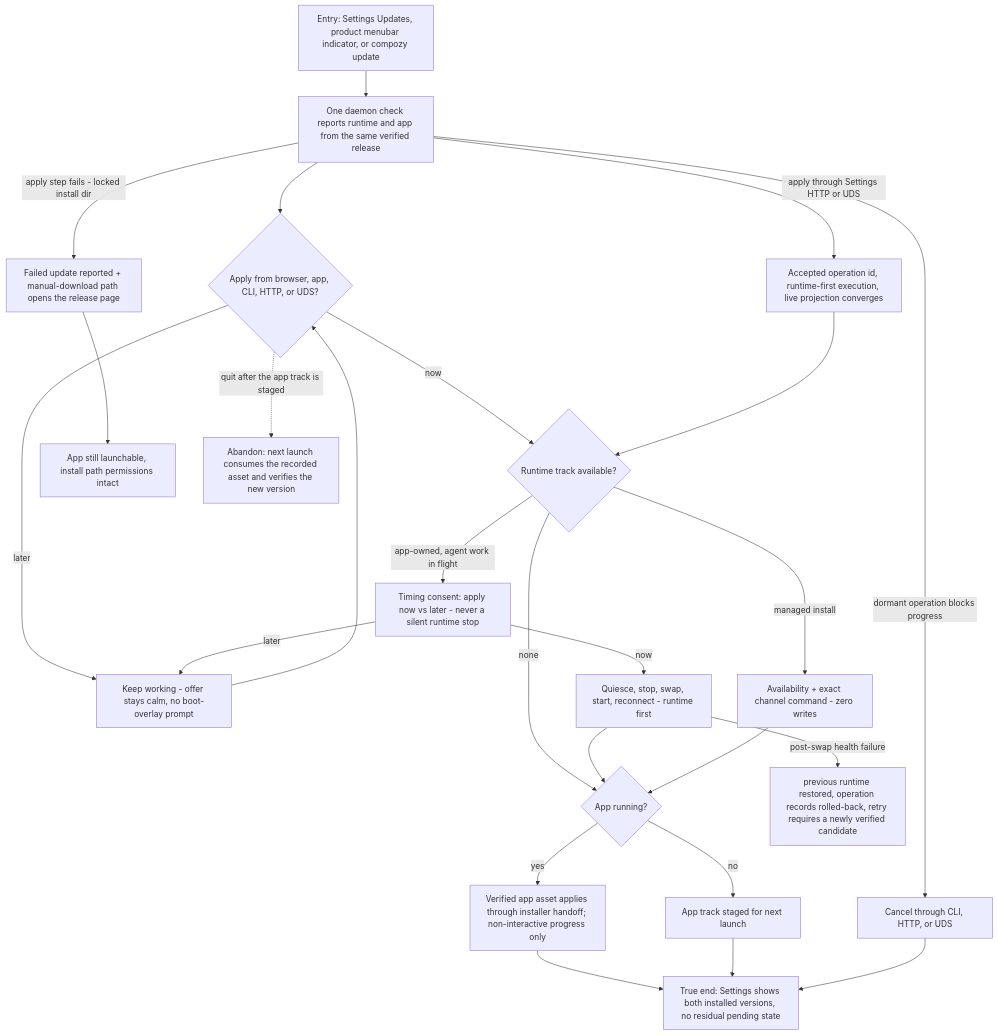
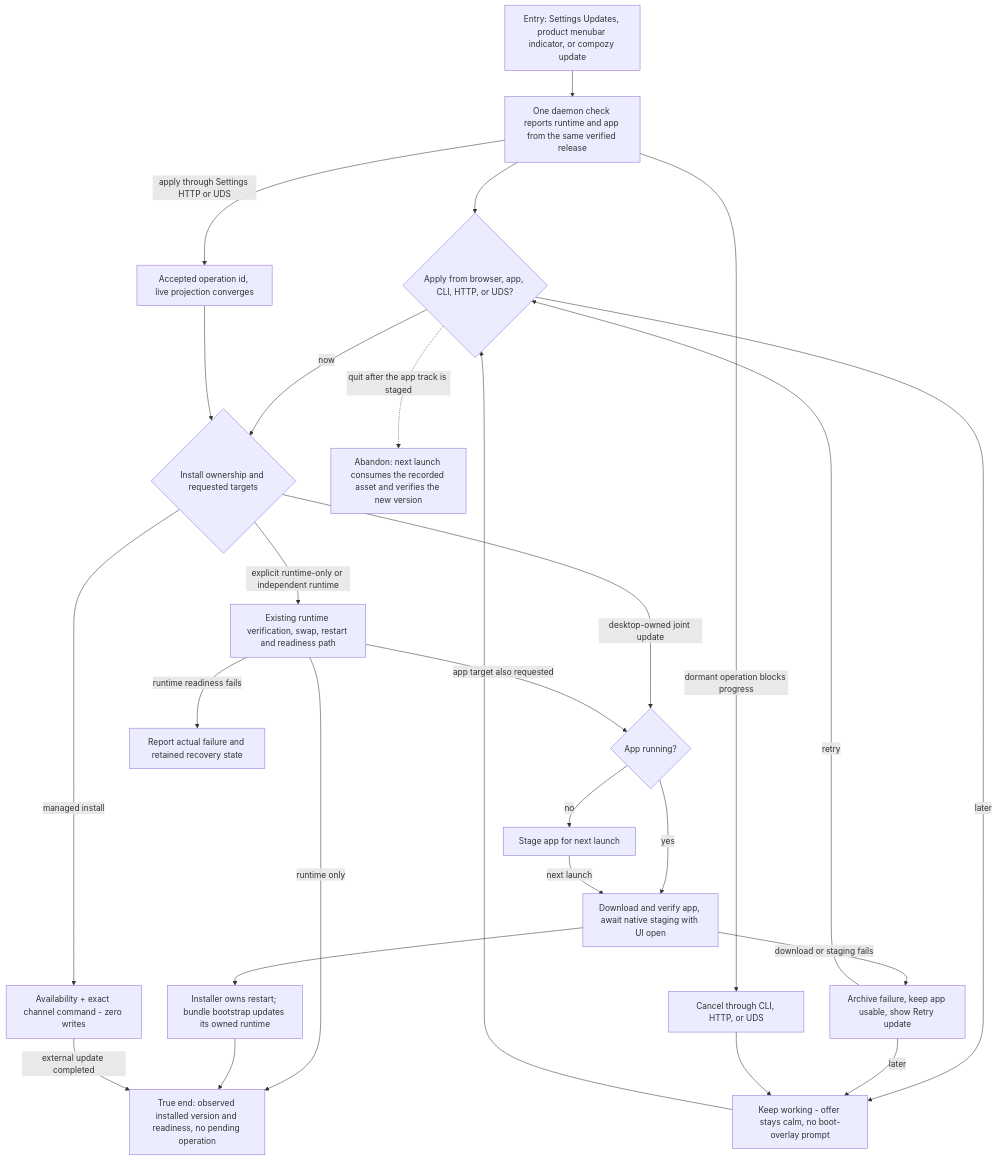
One commit to compozy/compozy changed the diagram in docs/qa/journeys/J-desktop-update-moment.md. Above: the diagram before and after it, drawn with Mermaid. The commit also changed other lines of this file and 42 other files, not shown here.

Commit message:
fix: make desktop update handoff reliable

````diff
--- a/docs/qa/journeys/J-desktop-update-moment.md
+++ b/docs/qa/journeys/J-desktop-update-moment.md
@@ -9,27 +11,28 @@
 ```mermaid
 flowchart TD
     A[Entry: Settings Updates, product menubar indicator, or compozy update] --> B[One daemon check reports runtime and app from the same verified release]
     B --> C{Apply from browser, app, CLI, HTTP, or UDS?}
     C -->|later| D[Keep working - offer stays calm, no boot-overlay prompt]
     D --> C
-    C -->|now| F{Runtime track available?}
-    F -->|app-owned, agent work in flight| G[Timing consent: apply now vs later - never a silent runtime stop]
-    G -->|now| H[Quiesce, stop, swap, start, reconnect - runtime first]
-    G -->|later| D
+    C -->|now| F{Install ownership and requested targets}
+    F -->|desktop-owned joint update| K{App running?}
+    F -->|explicit runtime-only or independent runtime| H[Existing runtime verification, swap, restart and readiness path]
     F -->|managed install| I[Availability + exact channel command - zero writes]
-    F -->|none| K
-    H --> K{App running?}
-    I --> K
-    K -->|yes| E[Verified app asset applies through installer handoff; non-interactive progress only]
-    K -->|no| S[App track staged for next launch]
-    E --> J[True end: Settings shows both installed versions, no residual pending state]
-    S --> J
-    B -->|apply step fails - locked install dir| Y[Failed update reported + manual-download path opens the release page]
-    Y --> L[App still launchable, install path permissions intact]
-    H -->|post-swap health failure| M[previous runtime restored, operation records rolled-back, retry requires a newly verified candidate]
+    H -->|app target also requested| K
+    H -->|runtime only| J[True end: observed installed version and readiness, no pending operation]
+    K -->|yes| E[Download and verify app, await native staging with UI open]
+    K -->|no| S[Stage app for next launch]
+    S -->|next launch| E
+    E --> R[Installer owns restart; bundle bootstrap updates its owned runtime]
+    R --> J
+    E -->|download or staging fails| Y[Archive failure, keep app usable, show Retry update]
+    Y -->|retry| C
+    Y -->|later| D
+    H -->|runtime readiness fails| M[Report actual failure and retained recovery state]
+    I -->|external update completed| J
     C -.->|quit after the app track is staged| X1[Abandon: next launch consumes the recorded asset and verifies the new version]
-    B -->|apply through Settings HTTP or UDS| O[Accepted operation id, runtime-first execution, live projection converges]
+    B -->|apply through Settings HTTP or UDS| O[Accepted operation id, live projection converges]
     O --> F
     B -->|dormant operation blocks progress| P[Cancel through CLI, HTTP, or UDS]
-    P --> J
+    P --> D
 ```
````
